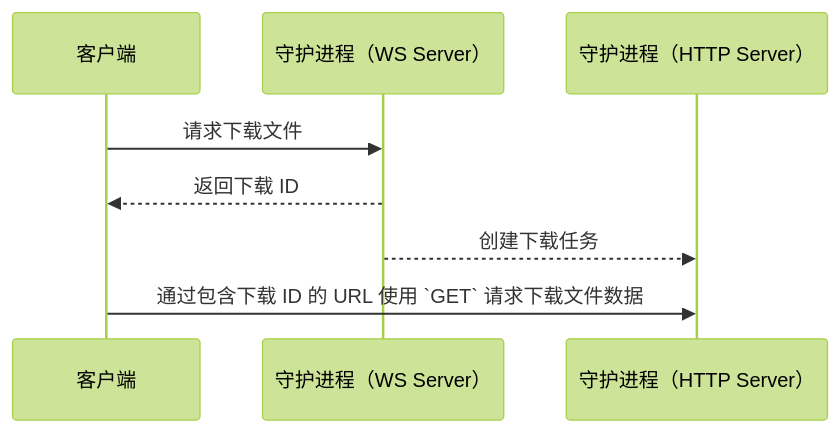
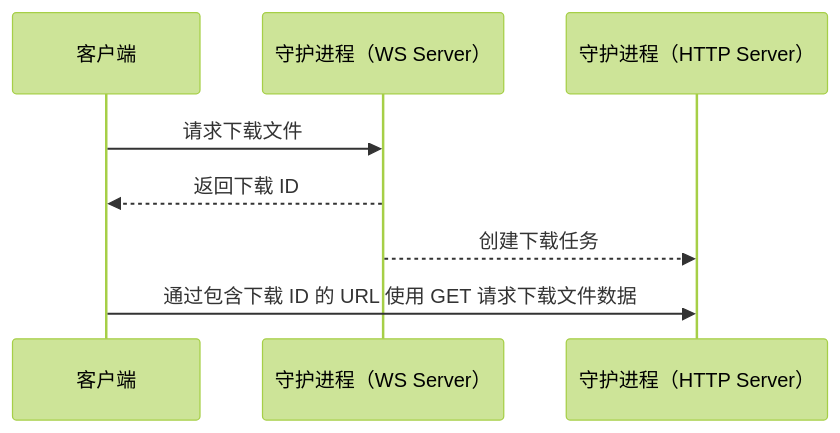
The second of 2 diagrams in topics/file-transfer.md (MCSLTeam/mcsl-future-protocol), drawn with Mermaid (forest theme) before and after one commit. The commit also changed other lines of this file and 5 other files, not shown here.

````diff
--- a/topics/file-transfer.md
+++ b/topics/file-transfer.md
@@ -51,7 +51,7 @@
 ```mermaid
 sequenceDiagram
     客户端 ->> 守护进程（WS Server）: 请求下载文件
     守护进程（WS Server） -->> 客户端: 返回下载 ID
     守护进程（WS Server） -->> 守护进程（HTTP Server）: 创建下载任务
-    客户端 ->> 守护进程（HTTP Server）: 通过包含下载 ID 的 URL 使用 `GET` 请求下载文件数据
+    客户端 ->> 守护进程（HTTP Server）: 通过包含下载 ID 的 URL 使用 GET 请求下载文件数据
 ```
````
